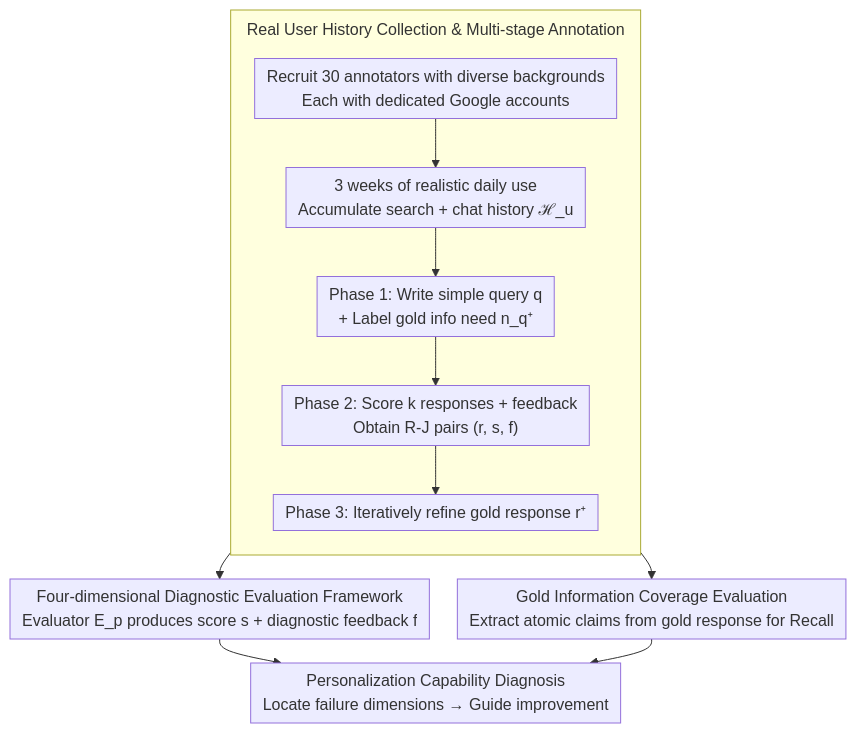
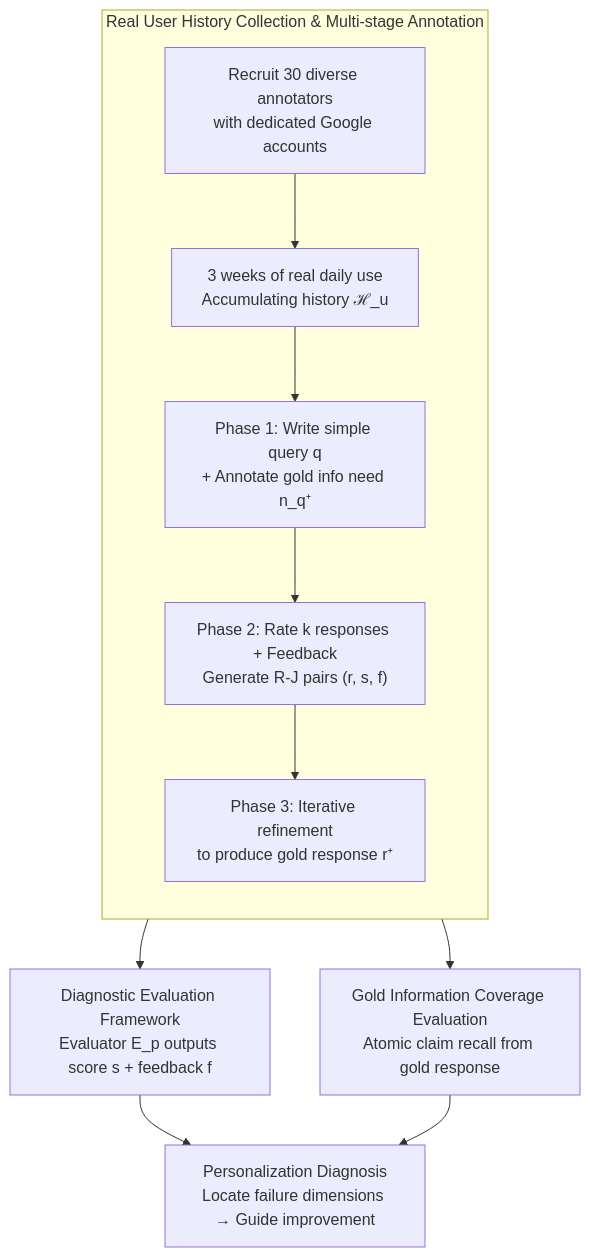
Before and after one commit to zhaoyang97/Paper-Notes-en: the diagram in docs/ICML2026/llm_evaluation/bespoke_benchmark_for_search-augmented_large_language_model_personalization_via_.md, drawn with Mermaid. The commit also changed other lines of this file and 5084 other files, not shown here.

````diff
--- a/docs/ICML2026/llm_evaluation/bespoke_benchmark_for_search-augmented_large_language_model_personalization_via_.md
+++ b/docs/ICML2026/llm_evaluation/bespoke_benchmark_for_search-augmented_large_language_model_personalization_via_.md
@@ -43,15 +43,14 @@
 ```mermaid
-%%{init: {'flowchart': {'rankSpacing': 24, 'nodeSpacing': 28, 'padding': 6, 'wrappingWidth': 400, 'subGraphTitleMargin': {'top': 8, 'bottom': 16}}}}%%
-flowchart TD
+graph TD
     subgraph BUILD["Real User History Collection & Multi-stage Annotation"]
         direction TB
-        A["Recruit 30 annotators with diverse backgrounds<br/>Each with dedicated Google accounts"] --> B["3 weeks of realistic daily use<br/>Accumulate search + chat history ℋ_u"]
-        B --> C["Phase 1: Write simple query q<br/>+ Label gold info need n_q⁺"]
-        C --> D["Phase 2: Score k responses + feedback<br/>Obtain R-J pairs (r, s, f)"]
-        D --> E["Phase 3: Iteratively refine gold response r⁺"]
+        A["Recruit 30 diverse annotators<br/>with dedicated Google accounts"] --> B["3 weeks of real daily use<br/>Accumulating history ℋ_u"]
+        B --> C["Phase 1: Write simple query q<br/>+ Annotate gold info need n_q⁺"]
+        C --> D["Phase 2: Rate k responses + Feedback<br/>Generate R-J pairs (r, s, f)"]
+        D --> E["Phase 3: Iterative refinement<br/>to produce gold response r⁺"]
     end
-    E --> F["Four-dimensional Diagnostic Evaluation Framework<br/>Evaluator E_p produces score s + diagnostic feedback f"]
-    E --> G["Gold Information Coverage Evaluation<br/>Extract atomic claims from gold response for Recall"]
-    F --> H["Personalization Capability Diagnosis<br/>Locate failure dimensions → Guide improvement"]
+    E --> F["Diagnostic Evaluation Framework<br/>Evaluator E_p outputs score s + feedback f"]
+    E --> G["Gold Information Coverage Evaluation<br/>Atomic claim recall from gold response"]
+    F --> H["Personalization Diagnosis<br/>Locate failure dimensions → Guide improvement"]
     G --> H
 ```
````
